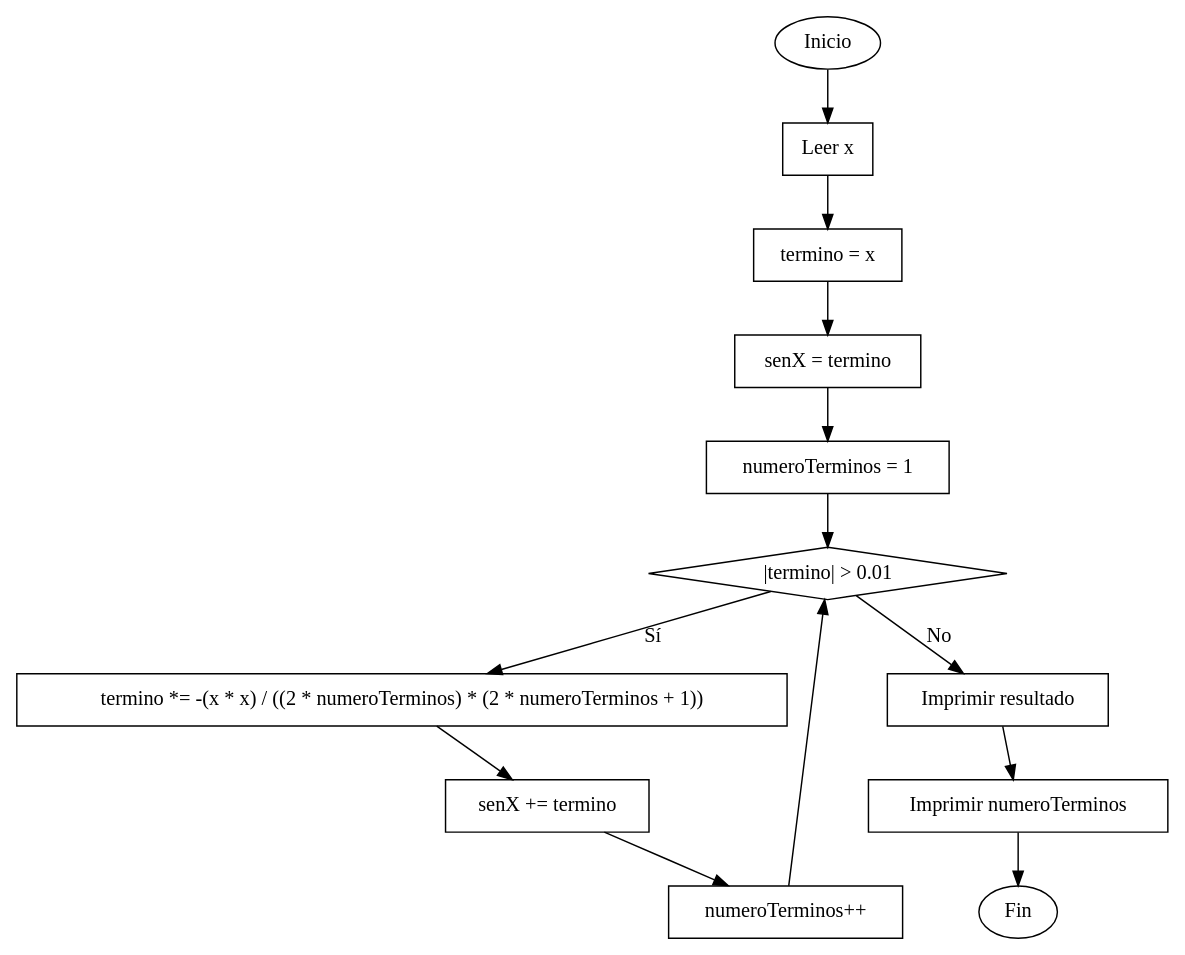
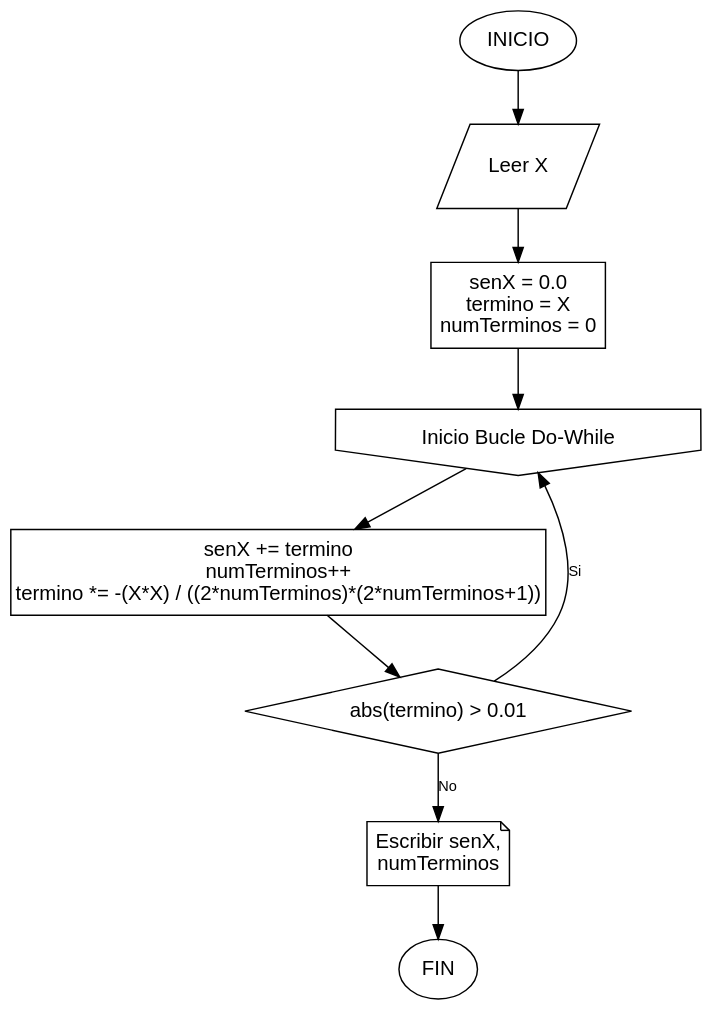
One commit to 23Leilany166/java-tutor-tics changed the diagram in Ejercicios/PS_3_30/Diagrama/PS_3_30.dot. Above: the diagram before and after it, drawn with Graphviz. The commit also changed 248 other files, not shown here.

```diff
--- a/Ejercicios/PS_3_30/Diagrama/PS_3_30.dot
+++ b/Ejercicios/PS_3_30/Diagrama/PS_3_30.dot
@@ -1,27 +1,23 @@
-digraph G {
-    inicio [shape=ellipse,label="Inicio"];
-    leer_x [shape=box,label="Leer x"];
-    definir_termino [shape=box,label="termino = x"];
-    definir_senX [shape=box,label="senX = termino"];
-    definir_numeroTerminos [shape=box,label="numeroTerminos = 1"];
-    condicion [shape=diamond,label="|termino| > 0.01"];
-    calcular_termino [shape=box,label="termino *= -(x * x) / ((2 * numeroTerminos) * (2 * numeroTerminos + 1))"];
-    calcular_senX [shape=box,label="senX += termino"];
-    incrementar_numeroTerminos [shape=box,label="numeroTerminos++"];
-    imprimir_resultado [shape=box,label="Imprimir resultado"];
-    imprimir_numeroTerminos [shape=box,label="Imprimir numeroTerminos"];
-    fin [shape=ellipse,label="Fin"];
+digraph PS_3_30 {
+    // Configuración
+    graph [bgcolor="transparent"];
+    node [shape=rect, fontname="Arial", margin="0.1,0.1"];
+    edge [fontname="Arial", fontsize=10];
 
-    inicio -> leer_x;
-    leer_x -> definir_termino;
-    definir_termino -> definir_senX;
-    definir_senX -> definir_numeroTerminos;
-    definir_numeroTerminos -> condicion;
-    condicion -> calcular_termino [label="Sí"];
-    calcular_termino -> calcular_senX;
-    calcular_senX -> incrementar_numeroTerminos;
-    incrementar_numeroTerminos -> condicion;
-    condicion -> imprimir_resultado [label="No"];
-    imprimir_resultado -> imprimir_numeroTerminos;
-    imprimir_numeroTerminos -> fin;
+    // Nodos
+    INICIO [shape=ellipse, label="INICIO"];
+    LEER_X [shape=parallelogram, label="Leer X"];
+    INICIALIZAR [label="senX = 0.0\ntermino = X\nnumTerminos = 0"];
+    BUCLE_DO [shape=invhouse, label="Inicio Bucle Do-While"];
+    PROCESO_BUCLE [label="senX += termino\nnumTerminos++\ntermino *= -(X*X) / ((2*numTerminos)*(2*numTerminos+1))"];
+    COND_WHILE [shape=diamond, label="abs(termino) > 0.01"];
+    IMPRIMIR [shape=note, label="Escribir senX,\nnumTerminos"];
+    FIN [shape=ellipse, label="FIN"];
+
+    // Conexiones
+    INICIO -> LEER_X -> INICIALIZAR -> BUCLE_DO;
+    BUCLE_DO -> PROCESO_BUCLE -> COND_WHILE;
+    COND_WHILE -> BUCLE_DO [label="Si"];
+    COND_WHILE -> IMPRIMIR [label="No"];
+    IMPRIMIR -> FIN;
 }
```
